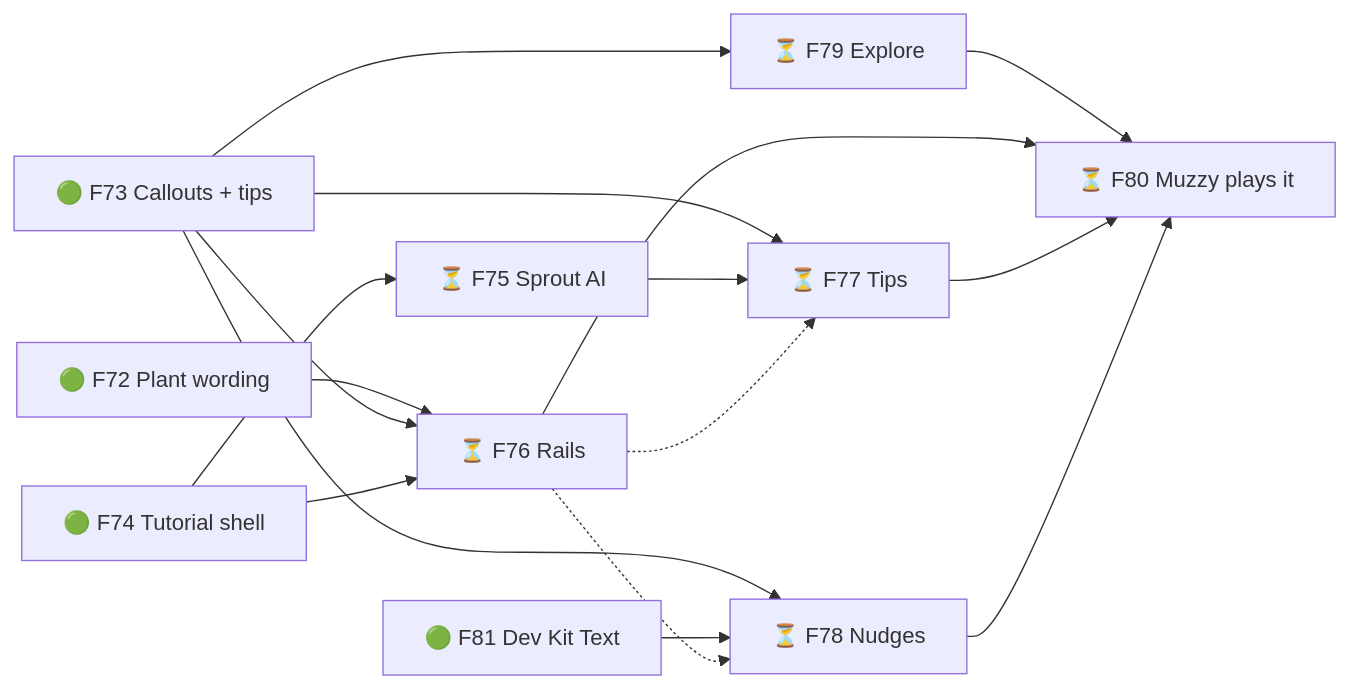
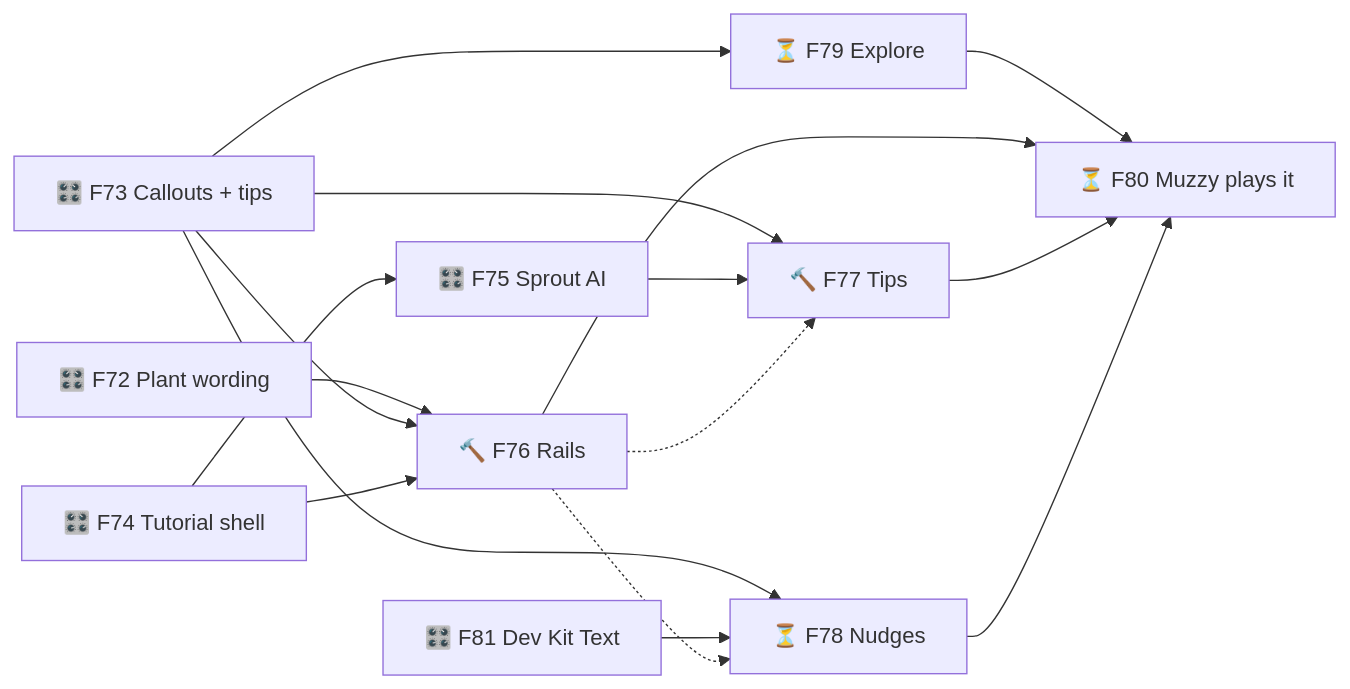
One commit to TheBlueMuzzy/glyphtender changed the tenth of 10 diagrams in .planning/ROADMAP.md. Above: the diagram before and after it, drawn with Mermaid. The commit also changed other lines of this file and 3 other files, not shown here.

Commit message:
Sprint 26 built (waiting for Muzzy's OK) → archive; Sprint 27: rails + tips (F81 Text tab done)

````diff
--- a/.planning/ROADMAP.md
+++ b/.planning/ROADMAP.md
@@ -269,18 +269,18 @@
 ```mermaid
 flowchart LR
-  F72[🟢 F72 Plant wording] --> F76[⏳ F76 Rails]
-  F73[🟢 F73 Callouts + tips] --> F76
-  F74[🟢 F74 Tutorial shell] --> F76
-  F74 --> F75[⏳ F75 Sprout AI]
-  F73 --> F77[⏳ F77 Tips]
+  F72[🎛️ F72 Plant wording] --> F76[🔨 F76 Rails]
+  F73[🎛️ F73 Callouts + tips] --> F76
+  F74[🎛️ F74 Tutorial shell] --> F76
+  F74 --> F75[🎛️ F75 Sprout AI]
+  F73 --> F77[🔨 F77 Tips]
   F75 --> F77
   F76 -.-> F77
   F73 --> F78[⏳ F78 Nudges]
-  F81[🟢 F81 Dev Kit Text] --> F78
+  F81[🎛️ F81 Dev Kit Text] --> F78
   F79 --> F80
   F76 -.-> F78
   F73 --> F79[⏳ F79 Explore]
   F76 --> F80[⏳ F80 Muzzy plays it]
   F77 --> F80
   F78 --> F80
 ```
````
